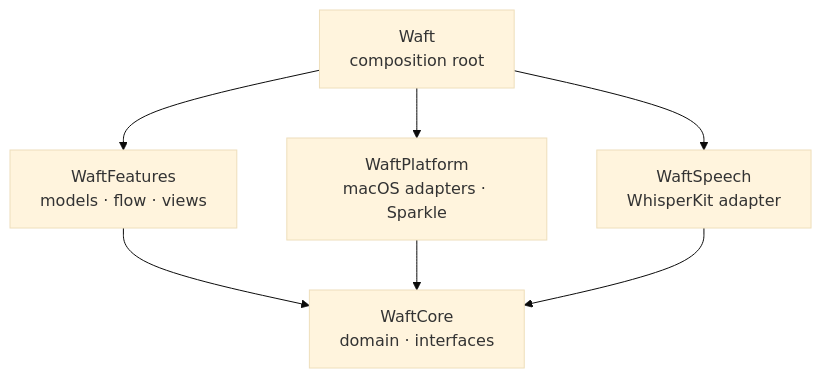
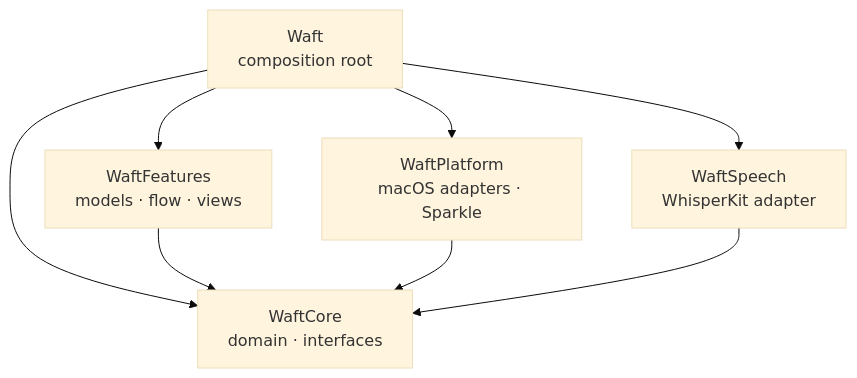
One commit to okoflow/waft changed the first of 2 diagrams in docs/architecture.md. Above: the diagram before and after it, drawn with Mermaid (base theme). The commit also changed other lines of this file and 14 other files, not shown here.

````diff
--- a/docs/architecture.md
+++ b/docs/architecture.md
@@ -19,9 +19,10 @@
 ```mermaid
 flowchart TD
   waft[Waft<br/>composition root] --> features[WaftFeatures<br/>models · flow · views]
   waft --> platform[WaftPlatform<br/>macOS adapters · Sparkle]
   waft --> speech[WaftSpeech<br/>WhisperKit adapter]
+  waft --> core
   features --> core[WaftCore<br/>domain · interfaces]
   platform --> core
   speech --> core
 ```
````
